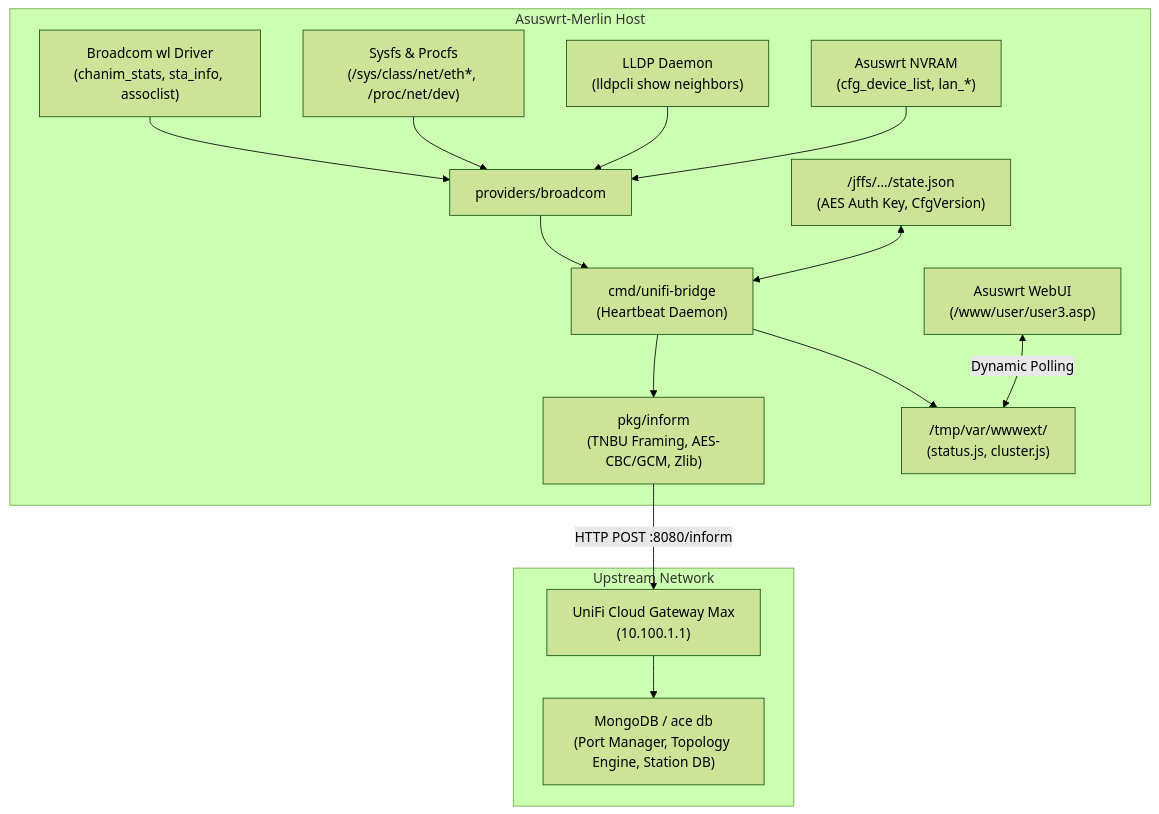
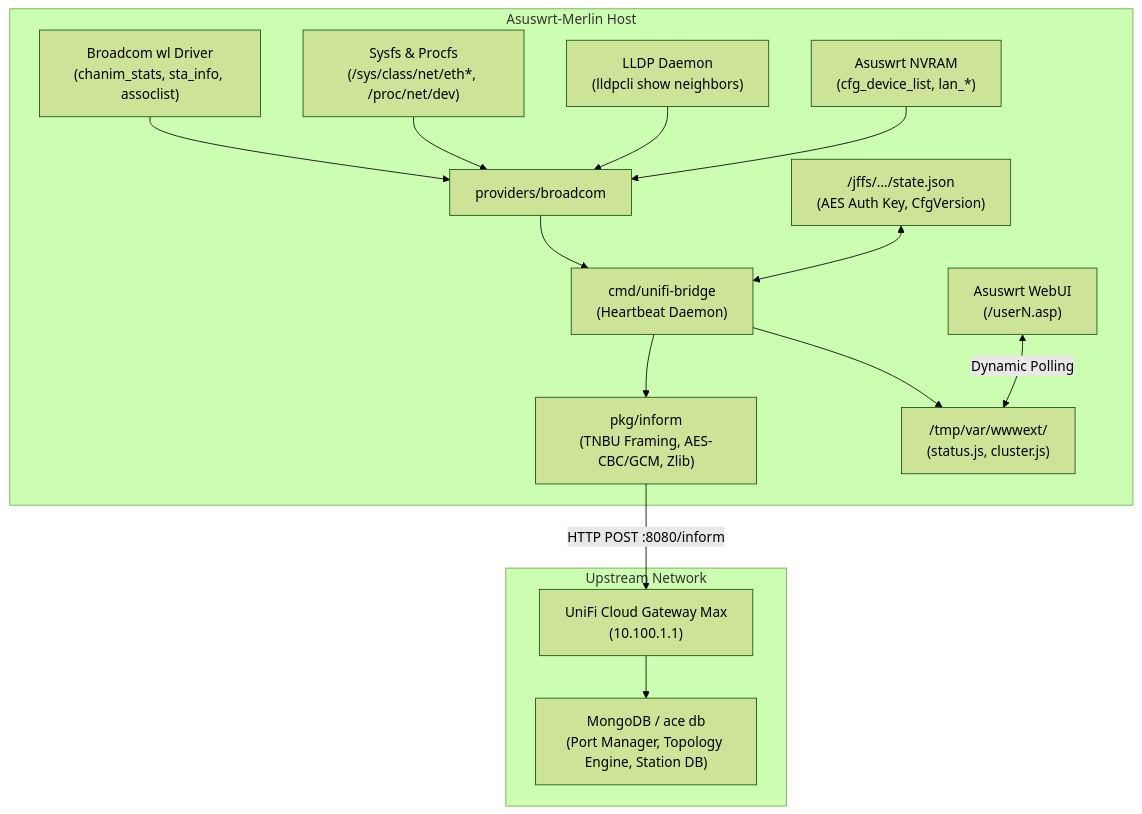
Before and after one commit to agnithin/unifi-ap-bridge: the diagram in docs/ARCHITECTURE.md, drawn with Mermaid (forest theme). The commit also changed other lines of this file and 2 other files, not shown here.

````diff
--- a/docs/ARCHITECTURE.md
+++ b/docs/ARCHITECTURE.md
@@ -11,22 +13,22 @@
 ```mermaid
 graph TD
     subgraph "Asuswrt-Merlin Host"
         WL["Broadcom wl Driver<br/>(chanim_stats, sta_info, assoclist)"] --> P_ASUS["providers/broadcom"]
         SYSFS["Sysfs & Procfs<br/>(/sys/class/net/eth*, /proc/net/dev)"] --> P_ASUS
         LLDP["LLDP Daemon<br/>(lldpcli show neighbors)"] --> P_ASUS
         NVRAM["Asuswrt NVRAM<br/>(cfg_device_list, lan_*)"] --> P_ASUS
         
         P_ASUS --> DAEMON["cmd/unifi-bridge<br/>(Heartbeat Daemon)"]
         STATE["/jffs/.../state.json<br/>(AES Auth Key, CfgVersion)"] <--> DAEMON
         
         DAEMON --> PKG_INFORM["pkg/inform<br/>(TNBU Framing, AES-CBC/GCM, Zlib)"]
         
-        WEBUI["Asuswrt WebUI<br/>(/www/user/user3.asp)"] <-->|Dynamic Polling| RAMDISK["/tmp/var/wwwext/<br/>(status.js, cluster.js)"]
+        WEBUI["Asuswrt WebUI<br/>(/userN.asp)"] <-->|Dynamic Polling| RAMDISK["/tmp/var/wwwext/<br/>(status.js, cluster.js)"]
         DAEMON --> RAMDISK
     end
 
     subgraph "Upstream Network"
         PKG_INFORM -->|HTTP POST :8080/inform| UCG["UniFi Cloud Gateway Max<br/>(10.100.1.1)"]
         UCG --> DB["MongoDB / ace db<br/>(Port Manager, Topology Engine, Station DB)"]
     end
 ```
````
